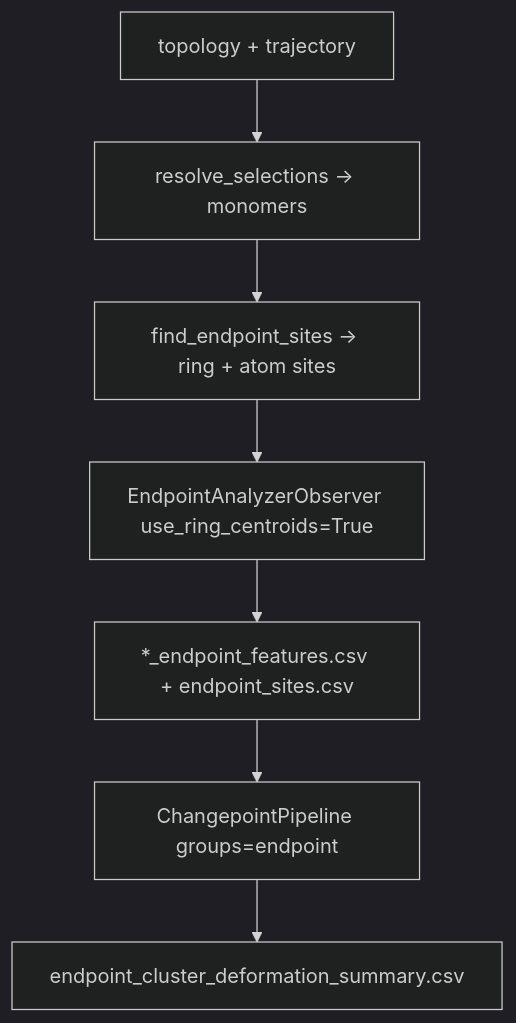
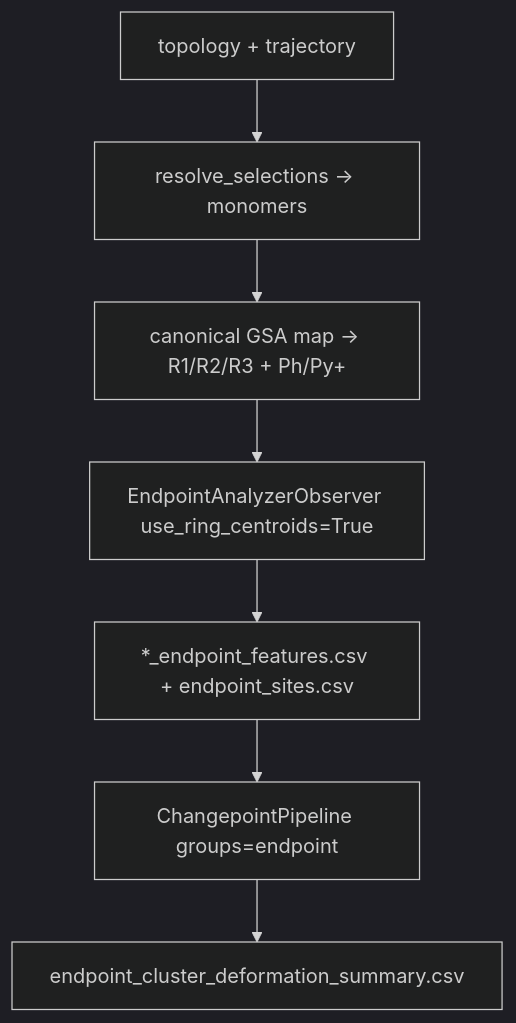
Before and after one commit to zonezone12/MDchat: the second of 2 diagrams in docs/changepoint_pipeline.md, drawn with Mermaid (dark theme). The commit also changed other lines of this file and 32 other files, not shown here.

````diff
--- a/docs/changepoint_pipeline.md
+++ b/docs/changepoint_pipeline.md
@@ -191,9 +219,9 @@
 ```mermaid
 flowchart TD
   topo["topology + trajectory"] --> sel["resolve_selections → monomers"]
-  sel --> sites["find_endpoint_sites → ring + atom sites"]
+  sel --> sites["canonical GSA map → R1/R2/R3 + Ph/Py+"]
   sites --> obs["EndpointAnalyzerObserver use_ring_centroids=True"]
   obs --> csv["*_endpoint_features.csv + endpoint_sites.csv"]
   csv --> pipe["ChangepointPipeline groups=endpoint"]
   pipe --> cmp["endpoint_cluster_deformation_summary.csv"]
 ```
````
